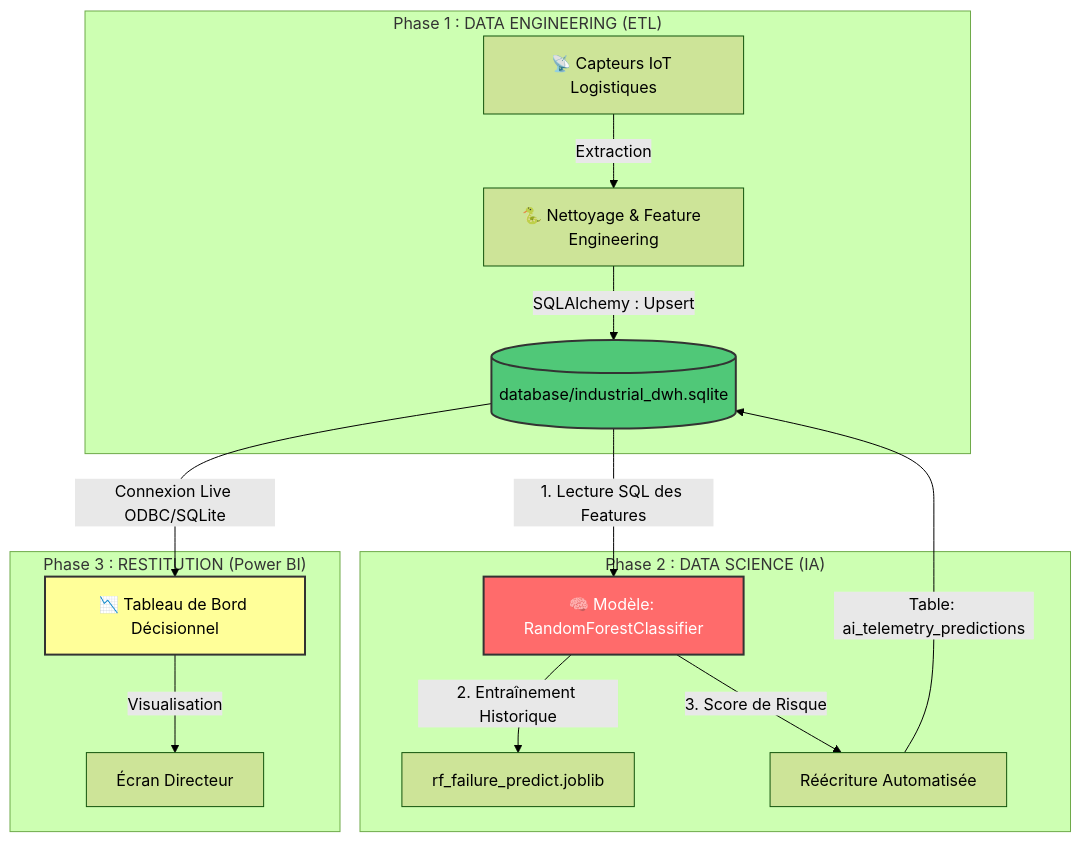
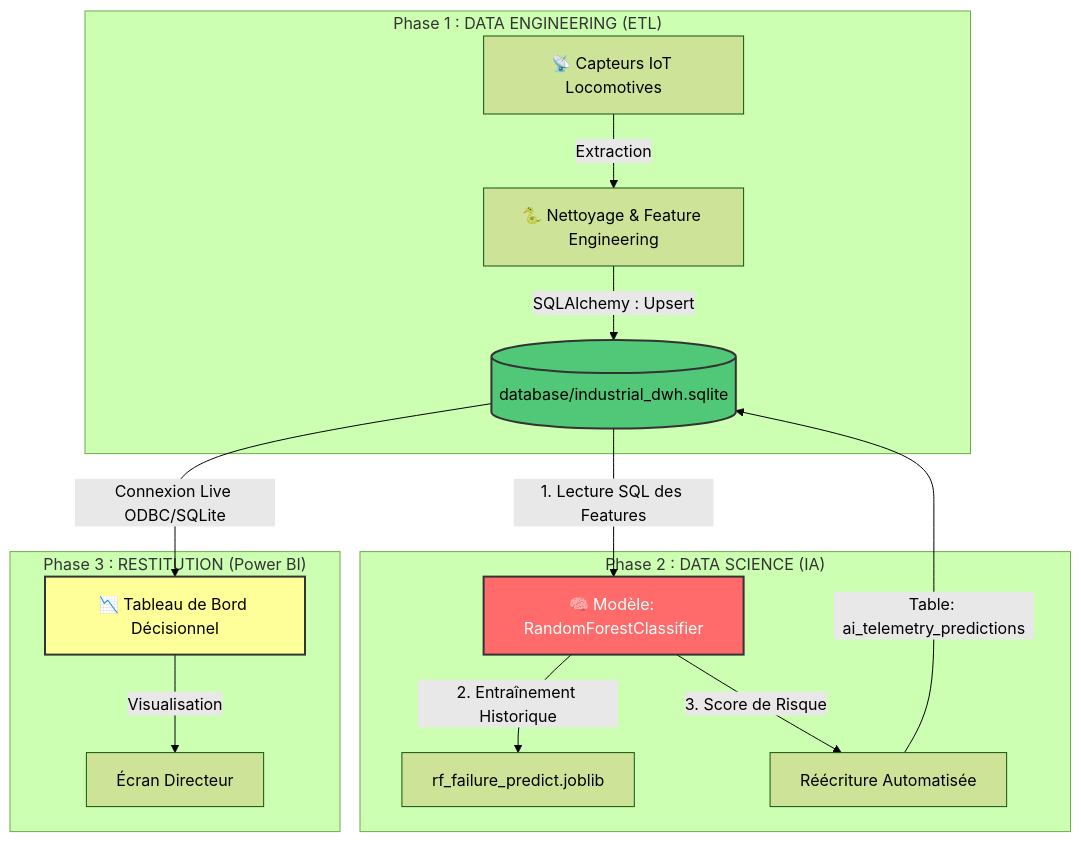
The diagram in README.md (Lkb-2905/Camrail-Industrial-Data-Platform), drawn with Mermaid (forest theme) before and after one commit. The commit also changed other lines of this file and 5 other files, not shown here.

````diff
--- a/README.md
+++ b/README.md
@@ -51,23 +51,23 @@
 ```mermaid
 graph TB
     subgraph "Phase 1 : DATA ENGINEERING (ETL)"
-        A[📡 Capteurs IoT Logistiques] -->|Extraction| B[🐍 Nettoyage & Feature Engineering]
+        A[📡 Capteurs IoT Locomotives] -->|Extraction| B[🐍 Nettoyage & Feature Engineering]
         B -->|SQLAlchemy : Upsert| C[(database/industrial_dwh.sqlite)]
     end
     
     subgraph "Phase 2 : DATA SCIENCE (IA)"
         C -->|1. Lecture SQL des Features| D[🧠 Modèle: RandomForestClassifier]
         D -->|2. Entraînement Historique| E[rf_failure_predict.joblib]
         D -->|3. Score de Risque| F[Réécriture Automatisée]
         F -->|Table: ai_telemetry_predictions| C
     end
     
     subgraph "Phase 3 : RESTITUTION (Power BI)"
         C -->|Connexion Live ODBC/SQLite| G[📉 Tableau de Bord Décisionnel]
         G -->|Visualisation| H[Écran Directeur]
     end
     
     style C fill:#50C878,stroke:#333,stroke-width:2px,color:#000
     style D fill:#FF6B6B,stroke:#333,stroke-width:2px,color:#fff
     style G fill:#ff9,stroke:#333,stroke-width:2px,color:#000
 ```
````
